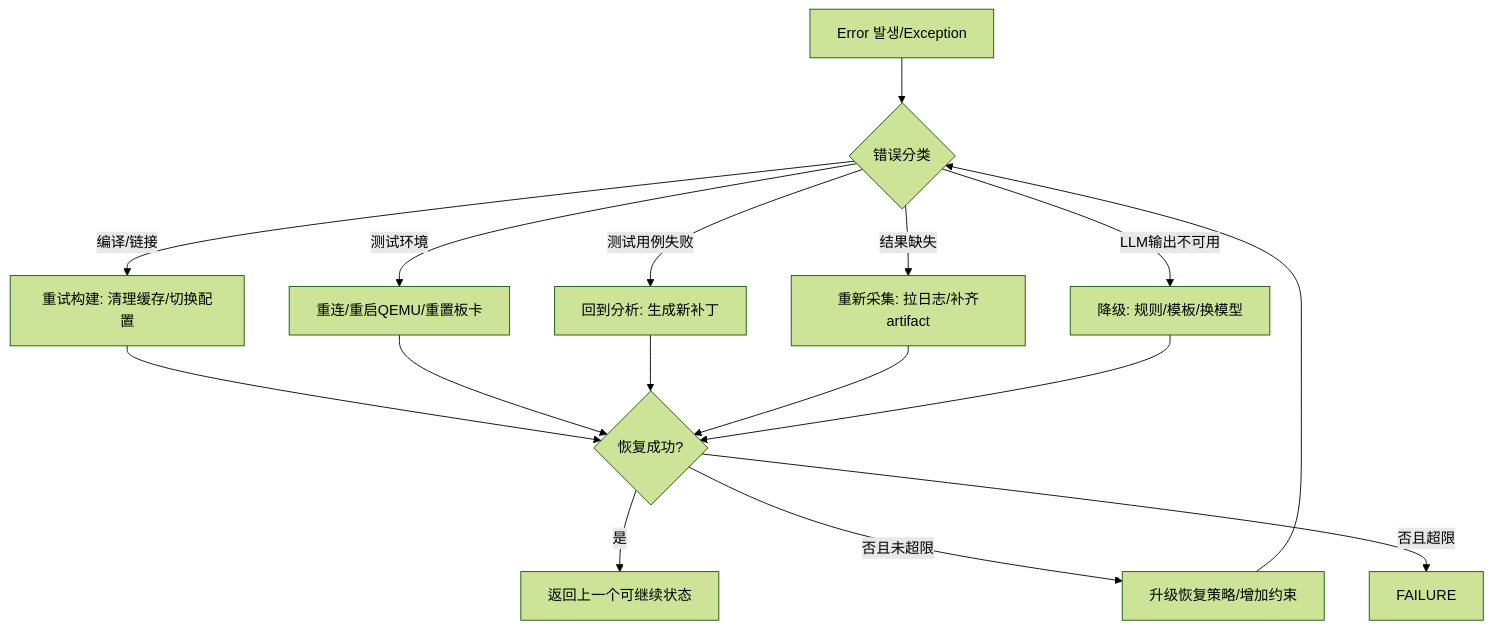
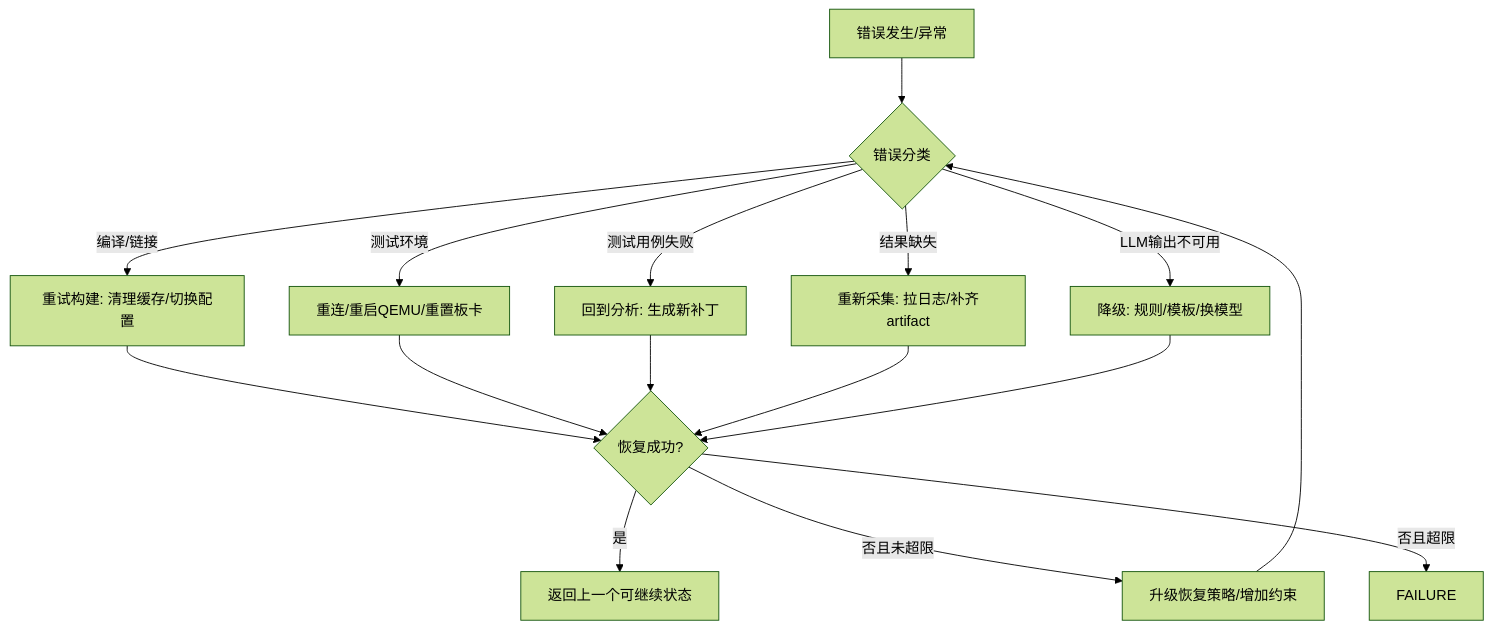
The second of 2 diagrams in docs/STATE_MACHINE.md (duzailian/dev-agents-v2), drawn with Mermaid (forest theme) before and after one commit. The commit also changed other lines of this file, not shown here.

Commit message:
docs(state-machine): complete 17-state pseudocode and refine error recovery

````diff
--- a/docs/STATE_MACHINE.md
+++ b/docs/STATE_MACHINE.md
@@ -174,20 +174,20 @@
 ```mermaid
 flowchart TD
-    E[Error 발생/Exception] --> C{错误分类}
+    E[错误发生/异常] --> C{错误分类}
     C -->|编译/链接| B1[重试构建: 清理缓存/切换配置]
     C -->|测试环境| T1[重连/重启QEMU/重置板卡]
     C -->|测试用例失败| A1[回到分析: 生成新补丁]
     C -->|结果缺失| R1[重新采集: 拉日志/补齐artifact]
     C -->|LLM输出不可用| L1[降级: 规则/模板/换模型]
 
     B1 --> D{恢复成功?}
     T1 --> D
     A1 --> D
     R1 --> D
     L1 --> D
 
     D -->|是| S[返回上一个可继续状态]
     D -->|否且未超限| N[升级恢复策略/增加约束]
     N --> C
     D -->|否且超限| F[FAILURE]
 ```
````
